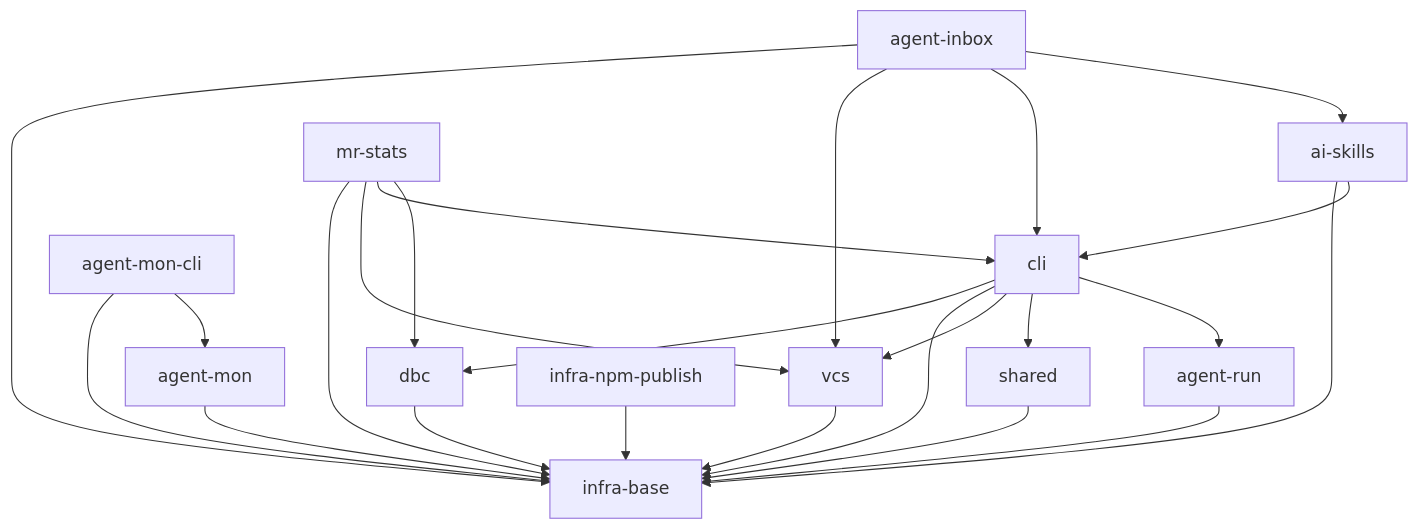
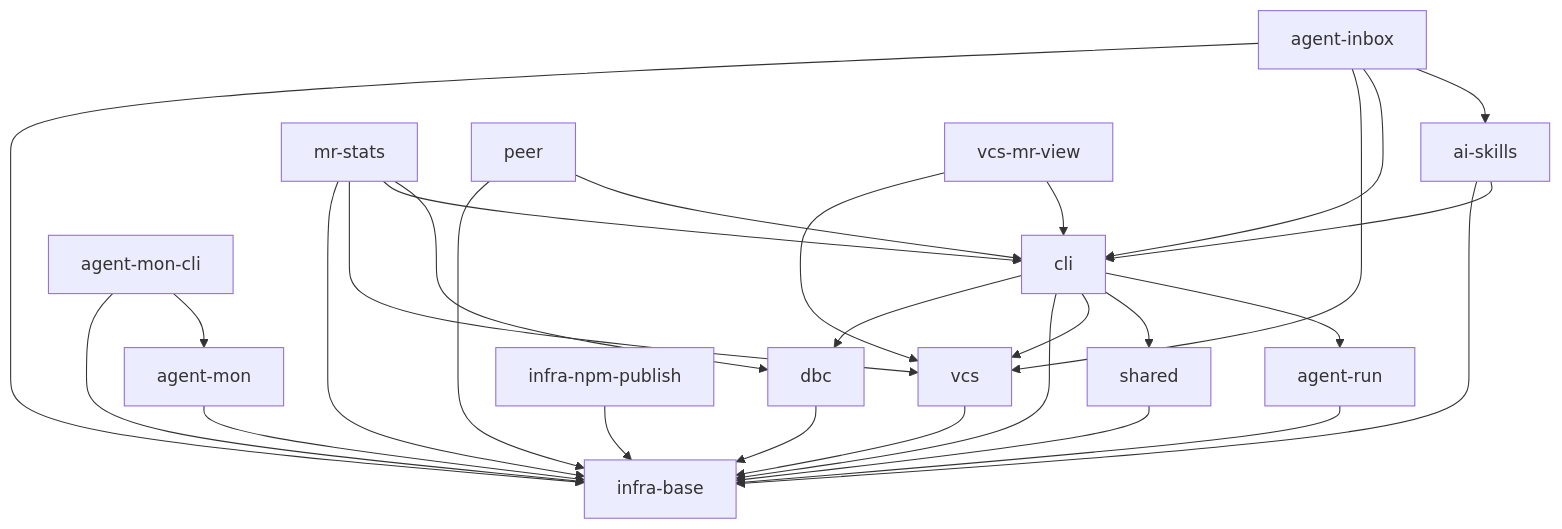
The diagram in specs/README.md (RubaXa/gennady), drawn with Mermaid before and after one commit. The commit also changed other lines of this file and 373 other files, not shown here.

First line of the commit message:
feat(agent-inbox): add peer/vcs-mr-view specs and complete @spec migration (phase 3)

````diff
--- a/specs/README.md
+++ b/specs/README.md
@@ -9,26 +9,30 @@
 ```mermaid
 graph TD
     cli --> dbc
     cli --> infra-base
     cli --> vcs
     cli --> shared
     dbc --> infra-base
     vcs --> infra-base
     agent-mon --> infra-base
     agent-mon-cli --> infra-base
     agent-mon-cli --> agent-mon
     agent-run --> infra-base
     cli --> agent-run
     ai-skills --> infra-base
     ai-skills --> cli
     infra-npm-publish --> infra-base
     agent-inbox --> infra-base
     agent-inbox --> vcs
     agent-inbox --> cli
     agent-inbox --> ai-skills
     shared --> infra-base
     mr-stats --> infra-base
     mr-stats --> vcs
     mr-stats --> cli
     mr-stats --> dbc
+    peer --> infra-base
+    peer --> cli
+    vcs-mr-view --> vcs
+    vcs-mr-view --> cli
 ```
````
